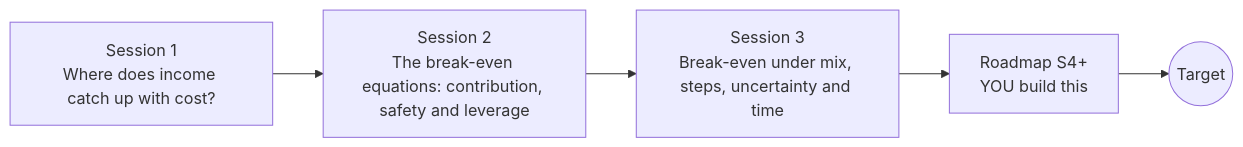
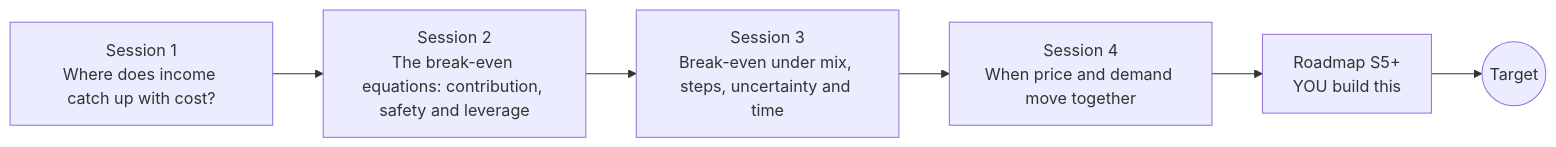
One commit to KrunalPanchal1995/openbreakeven changed the diagram in README.md. Above: the diagram before and after it, drawn with Mermaid. The commit also changed other lines of this file and 19 other files, not shown here.

First line of the commit message:
Add Session 4: price and demand that move together (hub issue #79)

````diff
--- a/README.md
+++ b/README.md
@@ -91,9 +92,10 @@
 ```mermaid
 flowchart LR
   S1[Session 1<br/>Where does income catch up with cost?]
   S2[Session 2<br/>The break-even equations: contribution, safety and leverage]
   S3[Session 3<br/>Break-even under mix, steps, uncertainty and time]
-  R[Roadmap S4+<br/>YOU build this]
+  S4[Session 4<br/>When price and demand move together]
+  R[Roadmap S5+<br/>YOU build this]
   T((Target))
-  S1 --> S2 --> S3 --> R --> T
+  S1 --> S2 --> S3 --> S4 --> R --> T
 ```
````
